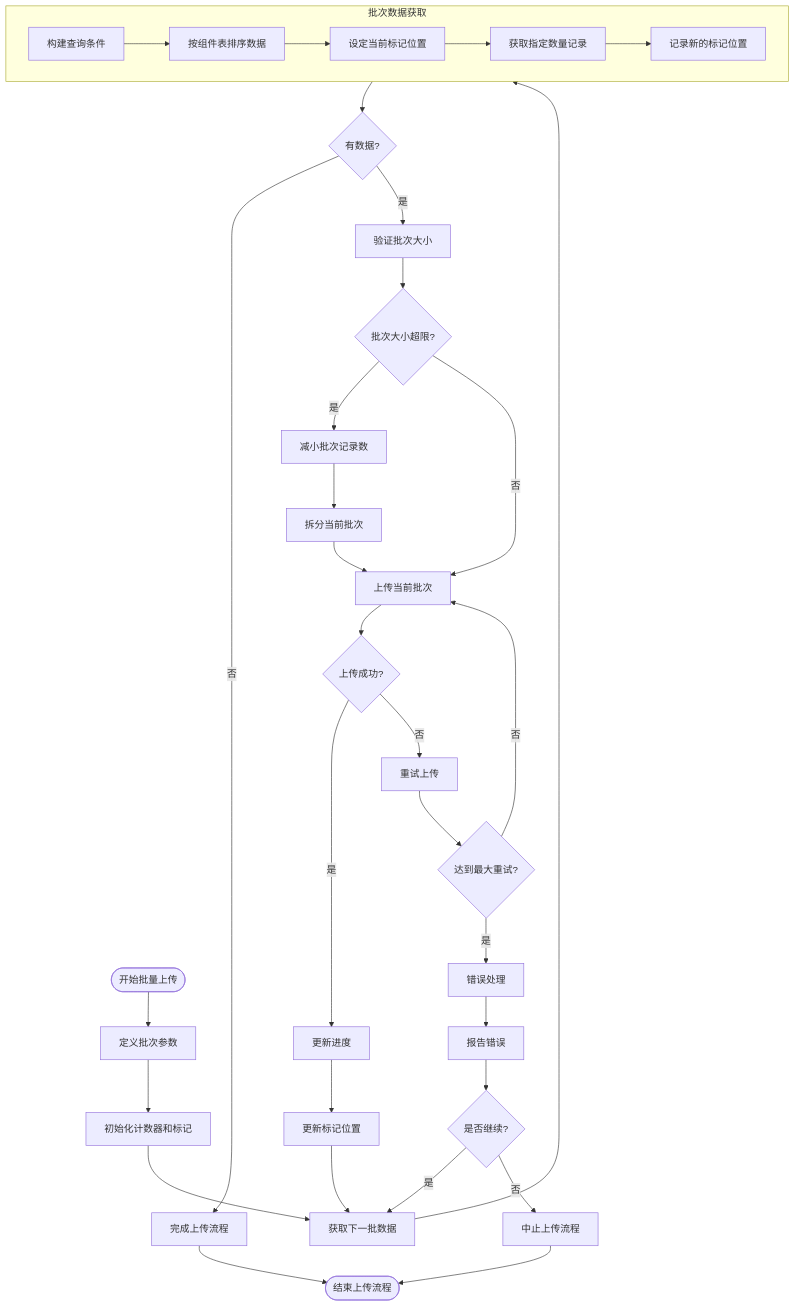
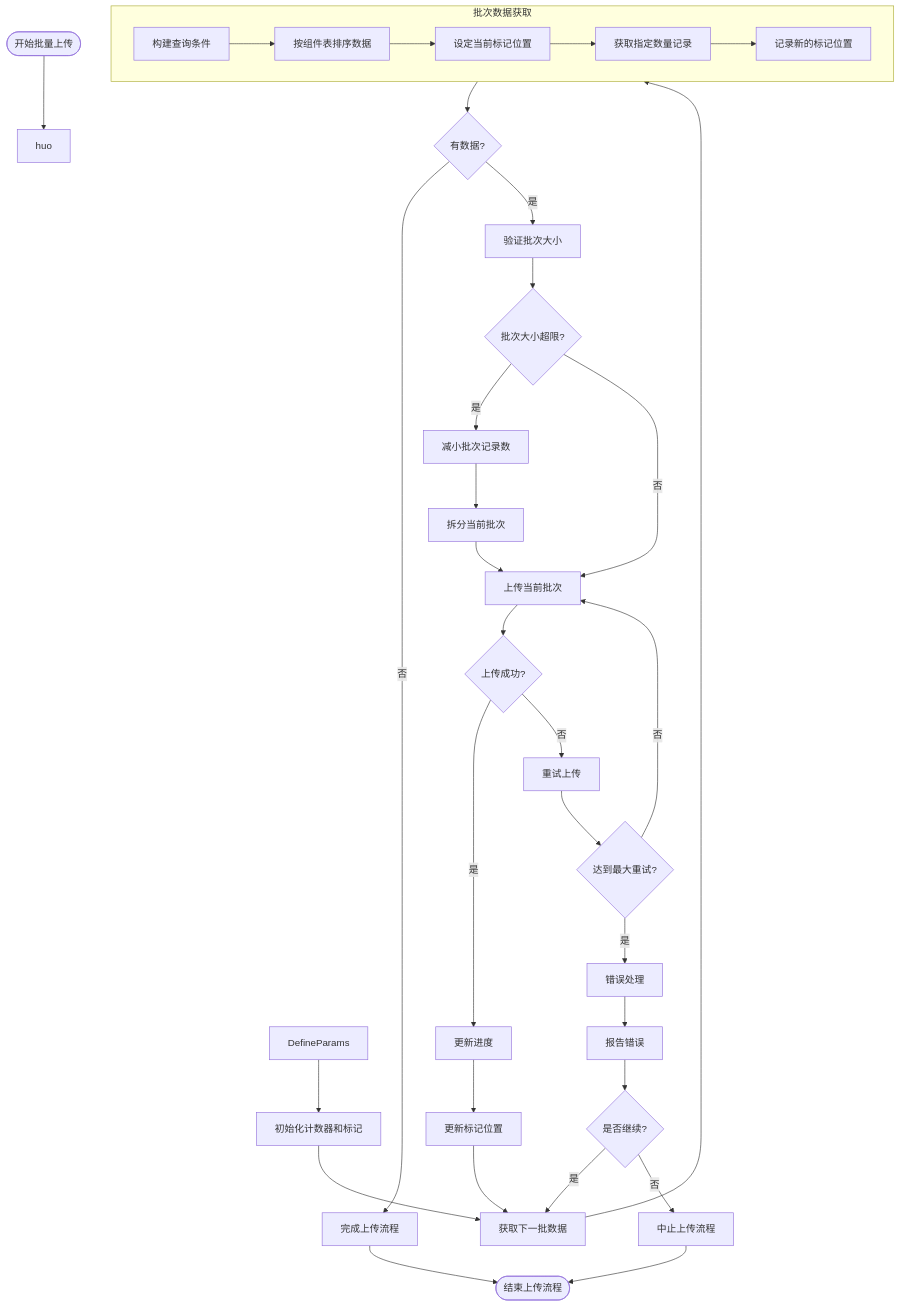
Before and after one commit to yingjianzh/iodraw-files: the diagram in all/未命名-51.md, drawn with Mermaid.

Commit message:
2025-05-08 17:21:33 update

````diff
--- a/all/未命名-51.md
+++ b/all/未命名-51.md
@@ -1,48 +1,46 @@
 ```mermaid
 flowchart TD
-    Start([开始批量上传]) --> 
-    
-    DefineParams[定义批次参数]
+    Start([开始批量上传]) --> huo
     DefineParams --> InitCounters[初始化计数器和标记]
     
     InitCounters --> FetchNextBatch[获取下一批数据]
     
     subgraph BatchFetch [批次数据获取]
         A[构建查询条件] --> B[按组件表排序数据]
         B --> C[设定当前标记位置]
         C --> D[获取指定数量记录]
         D --> E[记录新的标记位置]
     end
     
     FetchNextBatch --> BatchFetch
     
     BatchFetch --> CheckResults{有数据?}
     CheckResults -->|否| CompleteUpload[完成上传流程]
     CheckResults -->|是| ValidateBatch[验证批次大小]
     
     ValidateBatch --> SizeTooLarge{批次大小超限?}
     SizeTooLarge -->|是| AdjustBatchSize[减小批次记录数]
     SizeTooLarge -->|否| UploadBatch[上传当前批次]
     
     AdjustBatchSize --> SplitBatch[拆分当前批次]
     SplitBatch --> UploadBatch
     
     UploadBatch --> UploadSuccess{上传成功?}
     UploadSuccess -->|是| UpdateProgress[更新进度]
     UploadSuccess -->|否| RetryUpload[重试上传]
     
     RetryUpload --> MaxRetries{达到最大重试?}
     MaxRetries -->|否| UploadBatch
     MaxRetries -->|是| ErrorHandling[错误处理]
     
     ErrorHandling --> ReportError[报告错误]
     ReportError --> ContinueOption{是否继续?}
     ContinueOption -->|是| FetchNextBatch
     ContinueOption -->|否| AbortProcess[中止上传流程]
     
     UpdateProgress --> UpdateMarker[更新标记位置]
     UpdateMarker --> FetchNextBatch
     
     CompleteUpload --> End([结束上传流程])
     AbortProcess --> End
 ```
````
